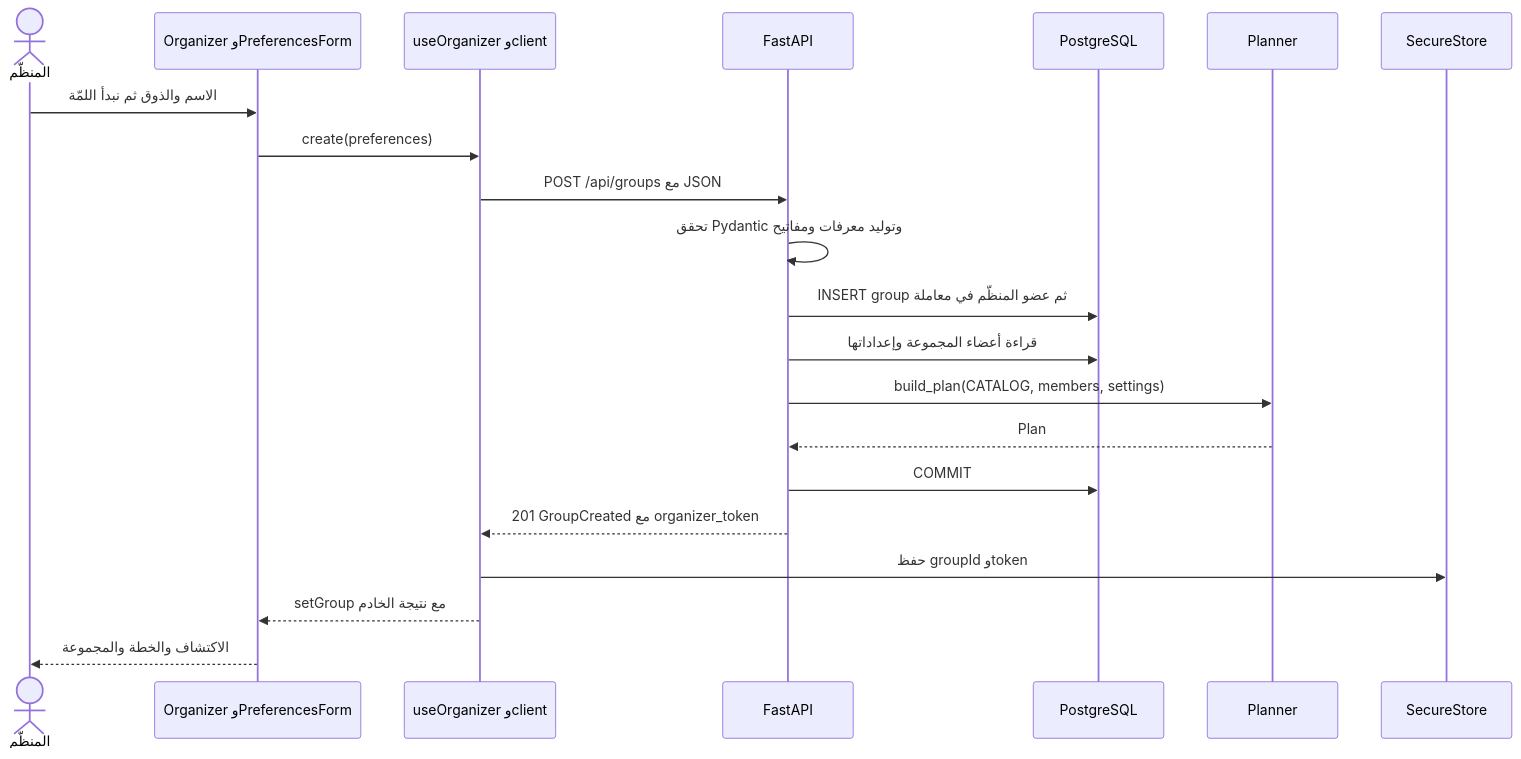
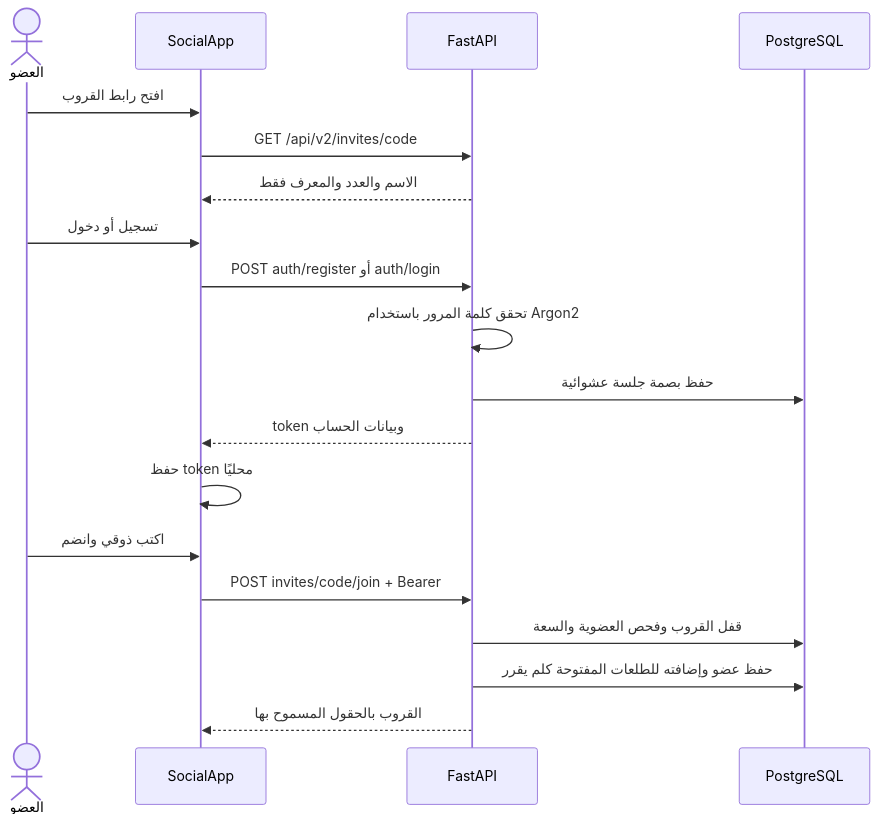
The third of 4 diagrams in docs/architecture-python-postgres.ar.md (shathaaa1110-arch/hatim-app), drawn with Mermaid before and after one commit. The commit also changed other lines of this file and 40 other files, not shown here.

````diff
--- a/docs/architecture-python-postgres.ar.md
+++ b/docs/architecture-python-postgres.ar.md
@@ -133,23 +116,21 @@
 ```mermaid
 sequenceDiagram
-    actor Person as المنظّم
-    participant UI as Organizer وPreferencesForm
-    participant H as useOrganizer وclient
+    actor M as العضو
+    participant U as SocialApp
     participant A as FastAPI
     participant D as PostgreSQL
-    participant P as Planner
-    participant S as SecureStore
-    Person->>UI: الاسم والذوق ثم نبدأ اللمّة
-    UI->>H: create(preferences)
-    H->>A: POST /api/groups مع JSON
-    A->>A: تحقق Pydantic وتوليد معرفات ومفاتيح
-    A->>D: INSERT group ثم عضو المنظّم في معاملة
-    A->>D: قراءة أعضاء المجموعة وإعداداتها
-    A->>P: build_plan(CATALOG, members, settings)
-    P-->>A: Plan
-    A->>D: COMMIT
-    A-->>H: 201 GroupCreated مع organizer_token
-    H->>S: حفظ groupId وtoken
-    H-->>UI: setGroup مع نتيجة الخادم
-    UI-->>Person: الاكتشاف والخطة والمجموعة
+    M->>U: افتح رابط القروب
+    U->>A: GET /api/v2/invites/code
+    A-->>U: الاسم والعدد والمعرف فقط
+    M->>U: تسجيل أو دخول
+    U->>A: POST auth/register أو auth/login
+    A->>A: تحقق كلمة المرور باستخدام Argon2
+    A->>D: حفظ بصمة جلسة عشوائية
+    A-->>U: token وبيانات الحساب
+    U->>U: حفظ token محليًا
+    M->>U: اكتب ذوقي وانضم
+    U->>A: POST invites/code/join + Bearer
+    A->>D: قفل القروب وفحص العضوية والسعة
+    A->>D: حفظ عضو وإضافته للطلعات المفتوحة كلم يقرر
+    A-->>U: القروب بالحقول المسموح بها
 ```
````
